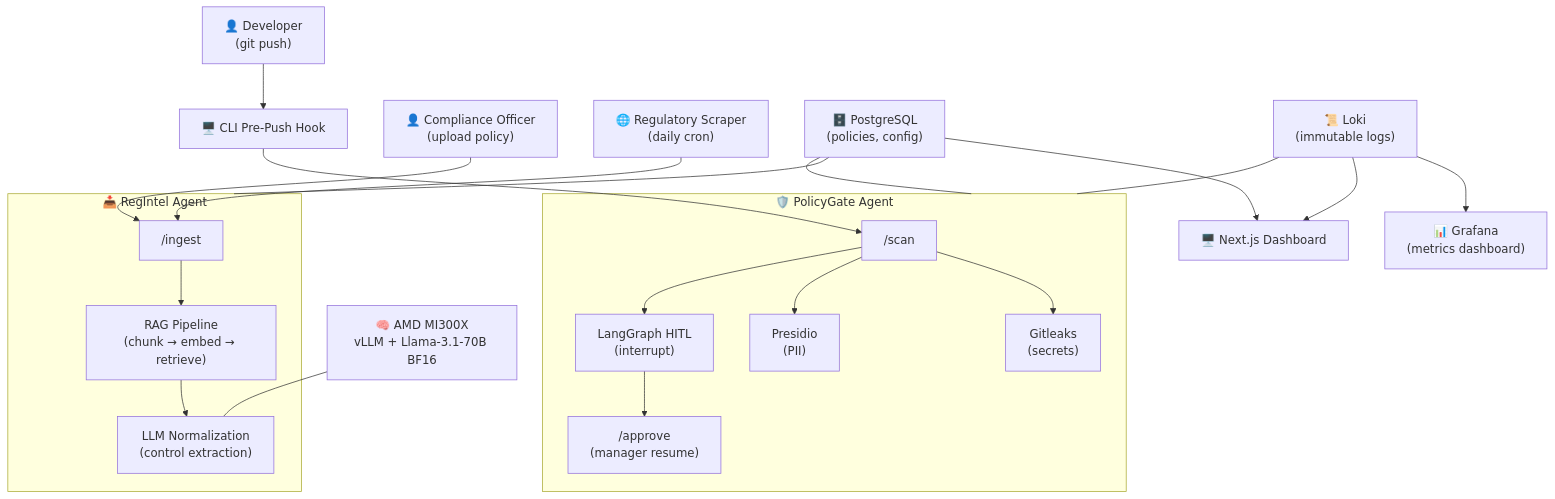
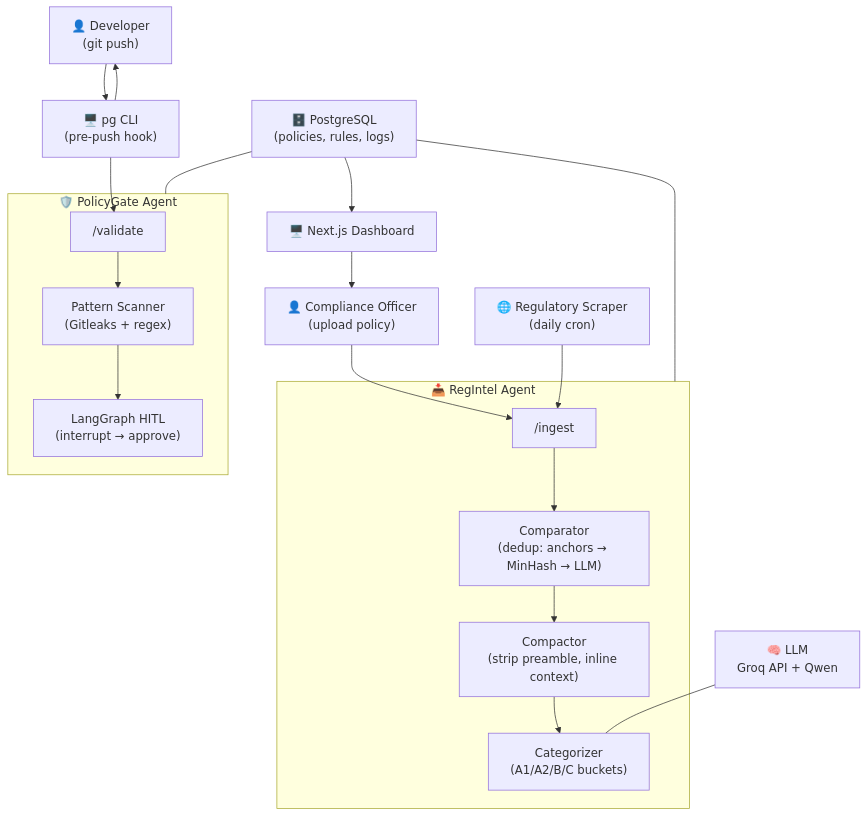
One commit to liitkud/complyaigent changed the diagram in README.md. Above: the diagram before and after it, drawn with Mermaid. The commit also changed other lines of this file and 2 other files, not shown here.

````diff
--- a/README.md
+++ b/README.md
@@ -20,28 +21,26 @@
 ```mermaid
 flowchart TB
-    DEV["👤 Developer\n(git push)"] --> HOOK["🖥️ CLI Pre‑Push Hook"]
-    HOOK --> SCAN["/scan"]
+    DEV["👤 Developer\n(git push)"] --> CLI["🖥️ pg CLI\n(pre‑push hook)"]
+    CLI --> VALIDATE["/validate"]
 
     CO["👤 Compliance Officer\n(upload policy)"] --> INGEST["/ingest"]
     SCRAPE["🌐 Regulatory Scraper\n(daily cron)"] --> INGEST
 
     subgraph RegIntel ["📥 RegIntel Agent"]
-        INGEST --> RAG["RAG Pipeline\n(chunk → embed → retrieve)"]
-        RAG --> NORM["LLM Normalization\n(control extraction)"]
+        INGEST --> COMPARATOR["Comparator\n(dedup: anchors → MinHash → LLM)"]
+        COMPARATOR --> COMPACTOR["Compactor\n(strip preamble, inline context)"]
+        COMPACTOR --> CATEGORIZER["Categorizer\n(A1/A2/B/C buckets)"]
     end
 
     subgraph PolicyGate ["🛡️ PolicyGate Agent"]
-        SCAN --> GITLEAKS["Gitleaks\n(secrets)"]
-        SCAN --> PRESIDIO["Presidio\n(PII)"]
-        SCAN --> HITL["LangGraph HITL\n(interrupt)"]
-        HITL --> APPROVE["/approve\n(manager resume)"]
+        VALIDATE --> SCAN["Pattern Scanner\n(Gitleaks + regex)"]
+        SCAN --> HITL["LangGraph HITL\n(interrupt → approve)"]
     end
 
-    GPU["🧠 AMD MI300X\nvLLM + Llama-3.1-70B BF16"] --- NORM
-    PG["🗄️ PostgreSQL\n(policies, config)"] --- RegIntel
+    LLM["🧠 LLM\nGroq API + Qwen"] --- CATEGORIZER
+    PG["🗄️ PostgreSQL\n(policies, rules, logs)"] --- RegIntel
     PG --- PolicyGate
-    LOKI["📜 Loki\n(immutable logs)"] --- PolicyGate
-    LOKI --> GRAFANA["📊 Grafana\n(metrics dashboard)"]
-    PG --> NEXT["🖥️ Next.js Dashboard"]
-    LOKI --> NEXT
+    PG --> DASHBOARD["🖥️ Next.js Dashboard"]
+    DASHBOARD --> CO
+    CLI --> DEV
 ```
````
